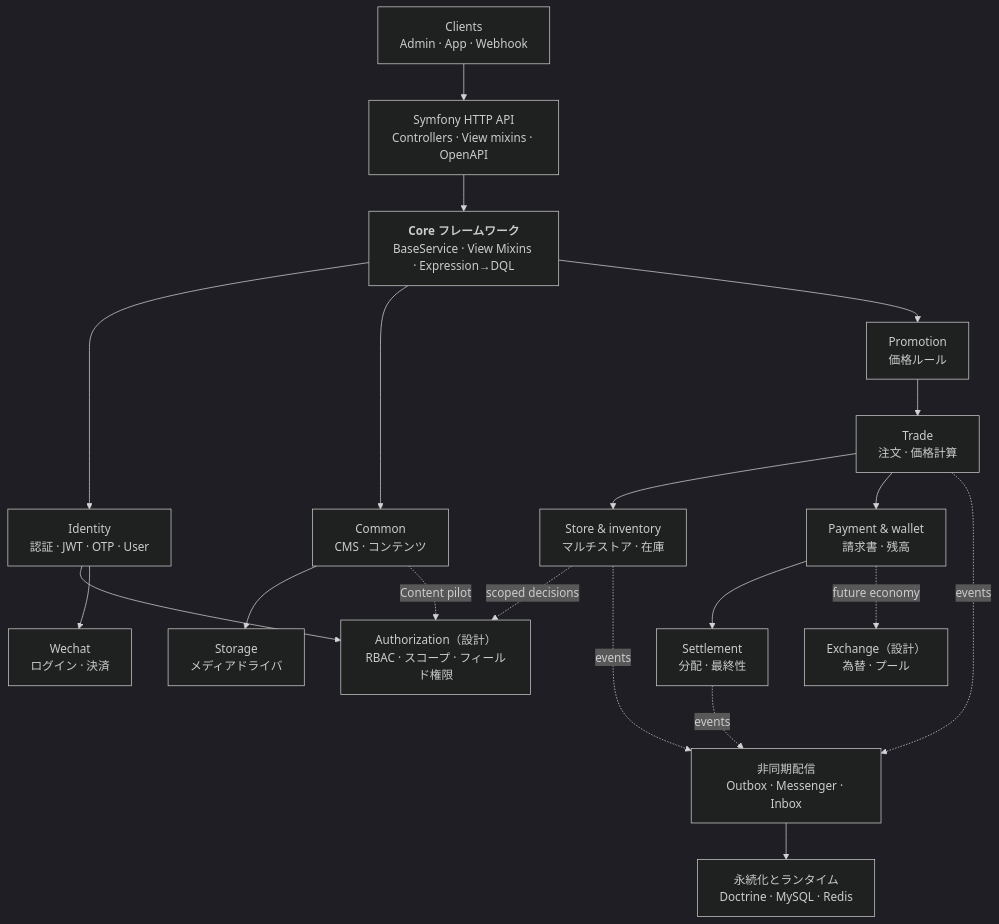
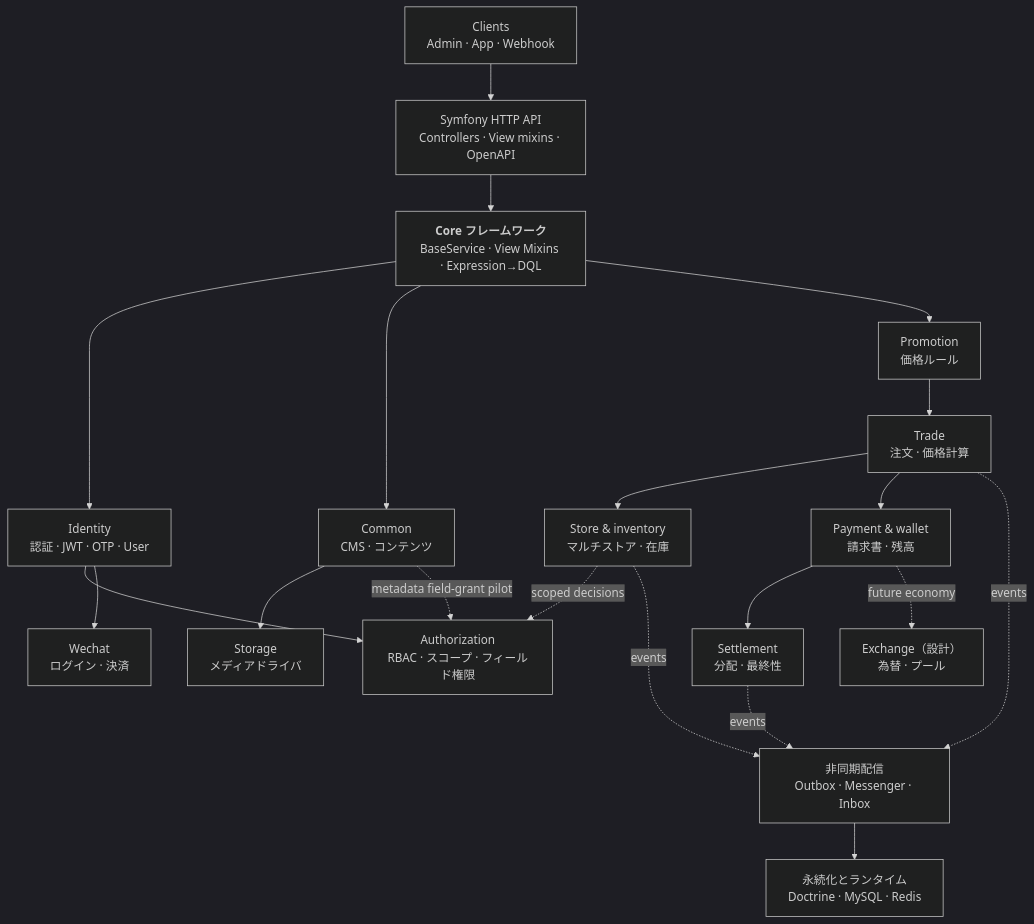
The first of 3 diagrams in README.ja.md (dream-studio-china/edc-online-membership), drawn with Mermaid (dark theme) before and after one commit. The commit also changed other lines of this file and 23 other files, not shown here.

First line of the commit message:
feat(authorization): harden assignment uniqueness, mixin lifecycle, drop Content storeUuid and sync docs

````diff
--- a/README.ja.md
+++ b/README.ja.md
@@ -13,38 +13,38 @@
 ```mermaid
 flowchart TB
     Client["Clients<br/>Admin · App · Webhook"]
     Api["Symfony HTTP API<br/>Controllers · View mixins · OpenAPI"]
     Core["<b>Core フレームワーク</b><br/>BaseService · View Mixins · Expression→DQL"]
 
     Identity["Identity<br/>認証 · JWT · OTP · User"]
-    Authorization["Authorization（設計）<br/>RBAC · スコープ · フィールド権限"]
+    Authorization["Authorization<br/>RBAC · スコープ · フィールド権限"]
     Common["Common<br/>CMS · コンテンツ"]
     Storage["Storage<br/>メディアドライバ"]
     Promotion["Promotion<br/>価格ルール"]
     Trade["Trade<br/>注文 · 価格計算"]
     Fulfilment["Store & inventory<br/>マルチストア · 在庫"]
     Payments["Payment & wallet<br/>請求書 · 残高"]
     Wechat["Wechat<br/>ログイン · 決済"]
     Settlement["Settlement<br/>分配 · 最終性"]
     Exchange["Exchange（設計）<br/>為替 · プール"]
     Messaging["非同期配信<br/>Outbox · Messenger · Inbox"]
     Persistence["永続化とランタイム<br/>Doctrine · MySQL · Redis"]
 
     Client --> Api --> Core
     Core --> Identity
     Core --> Common
     Core --> Promotion
     Identity --> Authorization
     Identity --> Wechat
     Common --> Storage
-    Common -. "Content pilot" .-> Authorization
+    Common -. "metadata field-grant pilot" .-> Authorization
     Promotion --> Trade
     Trade --> Fulfilment
     Trade --> Payments --> Settlement
     Fulfilment -. "scoped decisions" .-> Authorization
     Payments -. "future economy" .-> Exchange
     Trade -. events .-> Messaging
     Fulfilment -. events .-> Messaging
     Settlement -. events .-> Messaging
     Messaging --> Persistence
 ```
````
